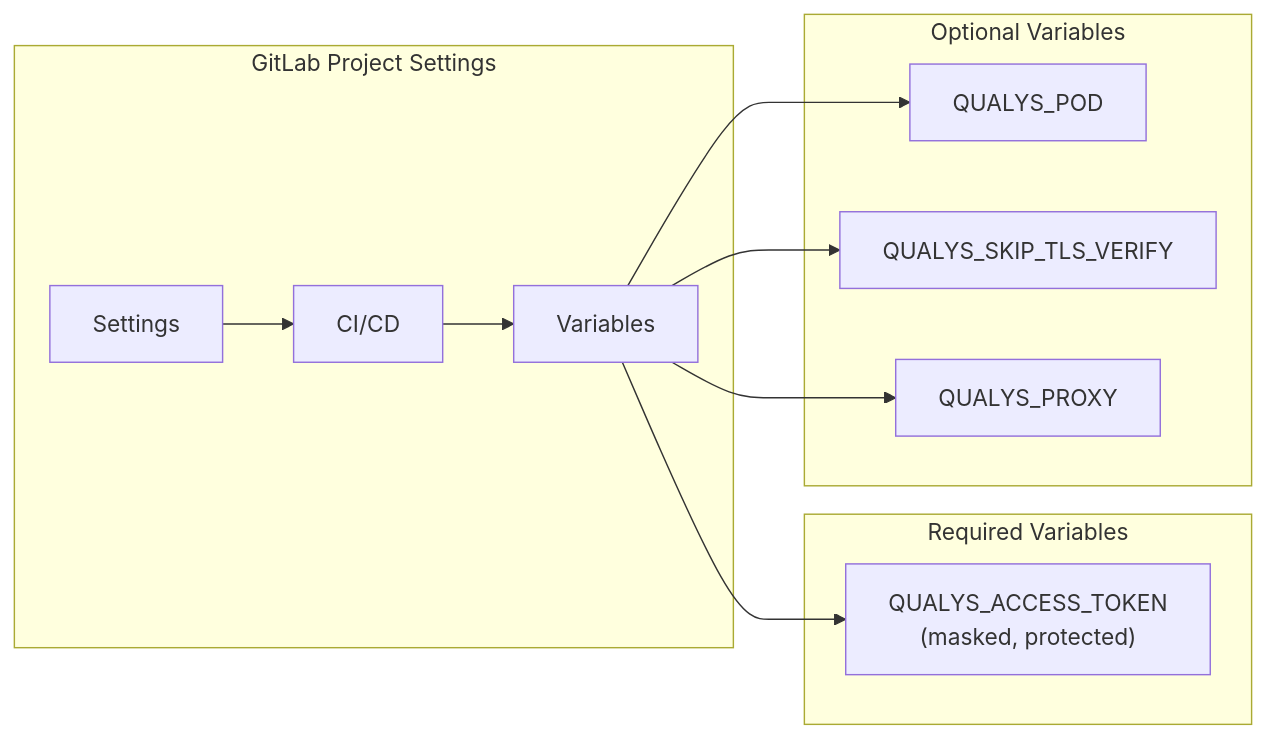
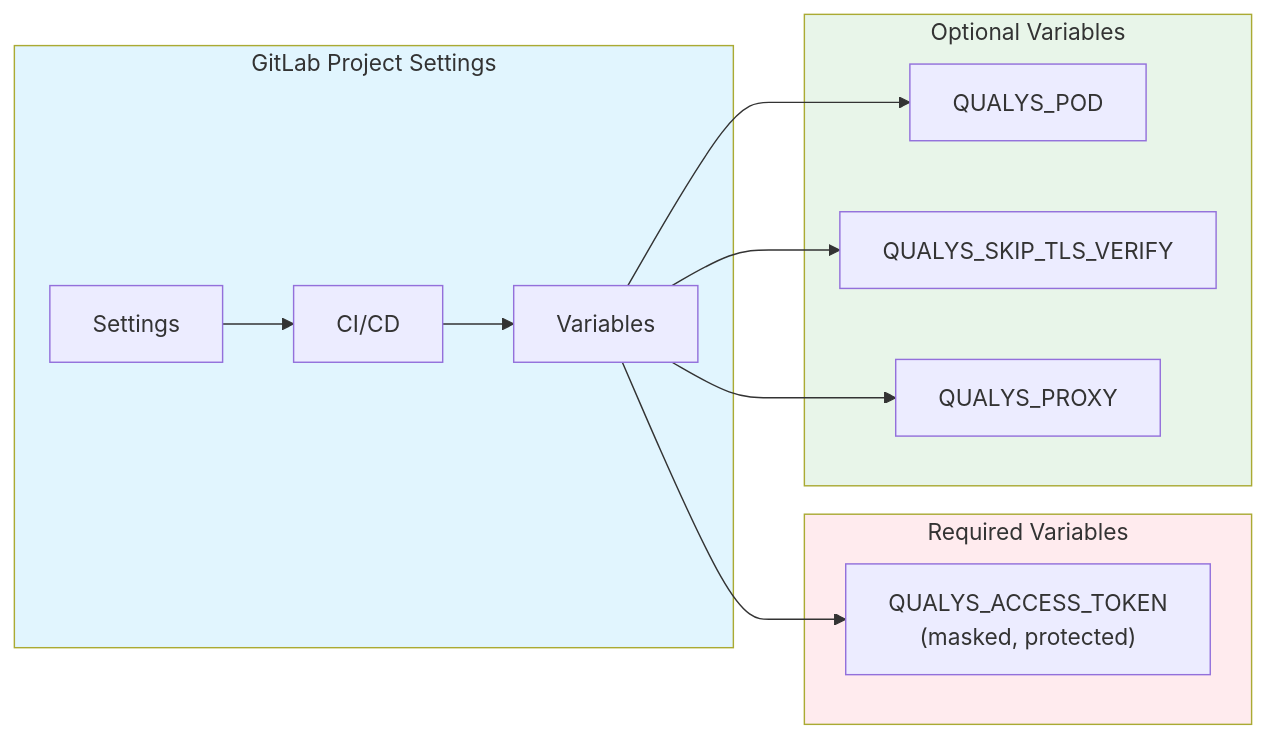
One commit to nelssec/qualys-gitlab changed the third of 3 diagrams in docs/deployment.md. Above: the diagram before and after it, drawn with Mermaid. The commit also changed other lines of this file and 4 other files, not shown here.

````diff
--- a/docs/deployment.md
+++ b/docs/deployment.md
@@ -154,24 +152,28 @@
 ```mermaid
 flowchart LR
-    subgraph GitLab["GitLab Project Settings"]
+    subgraph gitlab["GitLab Project Settings"]
         settings["Settings"]
         cicd["CI/CD"]
         variables["Variables"]
     end
 
-    subgraph Required["Required Variables"]
+    subgraph required["Required Variables"]
         token["QUALYS_ACCESS_TOKEN<br/>(masked, protected)"]
     end
 
-    subgraph Optional["Optional Variables"]
+    subgraph optional["Optional Variables"]
         pod["QUALYS_POD"]
         skip_tls["QUALYS_SKIP_TLS_VERIFY"]
         proxy["QUALYS_PROXY"]
     end
 
     settings --> cicd --> variables
     variables --> token
     variables --> pod
     variables --> skip_tls
     variables --> proxy
+
+    style gitlab fill:#e1f5fe
+    style required fill:#ffebee
+    style optional fill:#e8f5e9
 ```
````
